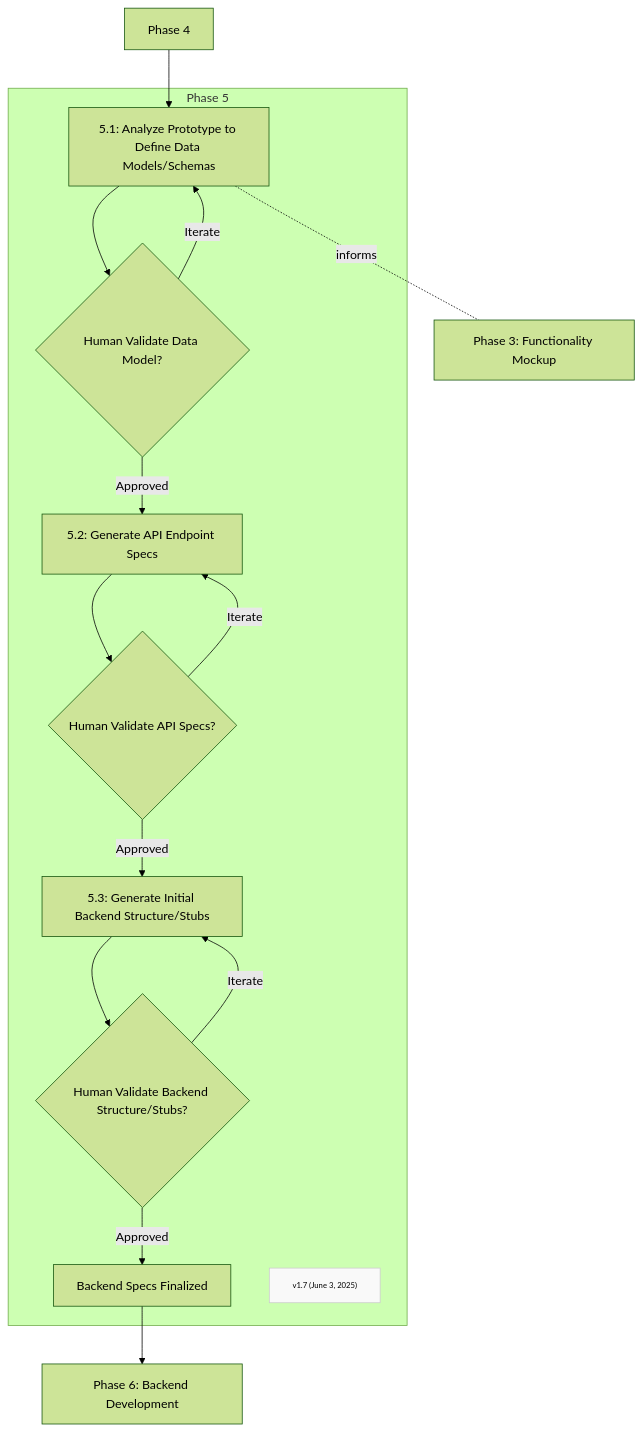
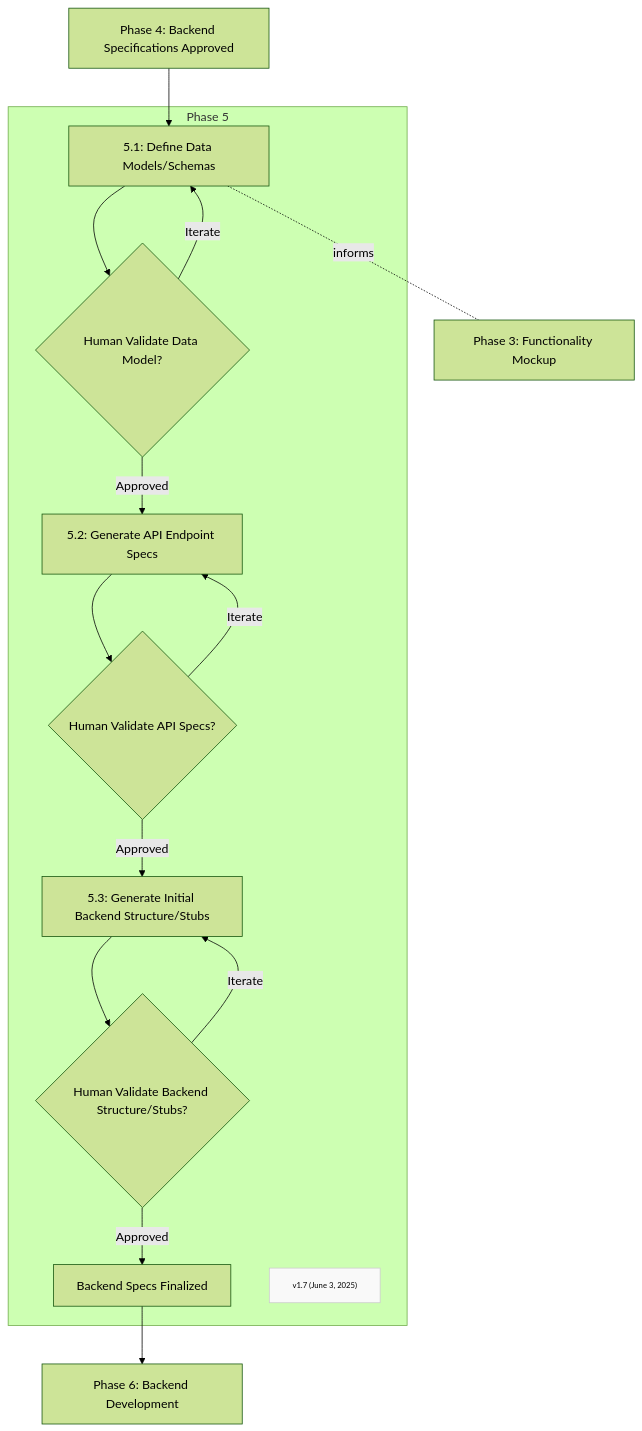
The diagram in Phases/FF-phase5.md (Mharbulous/Front-First-Method), drawn with Mermaid (forest theme) before and after one commit. The commit also changed other lines of this file and 2 other files, not shown here.

Commit message:
Add nuance text to phase 3 description

````diff
--- a/Phases/FF-phase5.md
+++ b/Phases/FF-phase5.md
@@ -1,25 +1,25 @@
 ```mermaid
 graph TD
 
-Phase4["Phase 4"] --> Phase5_1
+Phase4["Phase 4: Backend Specifications Approved"] --> Phase5_1
 
     subgraph Phase5["Phase 5"]
-        Phase5_1["5.1: Analyze Prototype to Define Data Models/Schemas"]    
+        Phase5_1["5.1: Define Data Models/Schemas"]    
         Phase5_1 --> Phase5_1_Val{"Human Validate Data Model?"}
         Phase5_1_Val -->|Iterate| Phase5_1
         Phase5_1_Val -->|Approved| Phase5_2["5.2: Generate API Endpoint Specs"]
         Phase5_2 --> Phase5_2_Val{"Human Validate API Specs?"}
         Phase5_2_Val -->|Iterate| Phase5_2
         Phase5_2_Val -->|Approved| Phase5_3["5.3: Generate Initial Backend Structure/Stubs"]
         Phase5_3 --> Phase5_3_Val{"Human Validate Backend Structure/Stubs?"}
         Phase5_3_Val -->|Iterate| Phase5_3
         Phase5_3_Val -->|Approved| BackendSpecsFinalized["Backend Specs Finalized"]
         Version["v1.7 (June 3, 2025)"]
         classDef version fill:#f9f9f9,stroke:#ccc,font-size:10px
         class Version version
     end
  
 Phase5_1 <-.- |informs|Phase3["Phase 3: Functionality Mockup"]
 
 BackendSpecsFinalized --> Phase6["Phase 6: Backend Development"]
 ```
````
